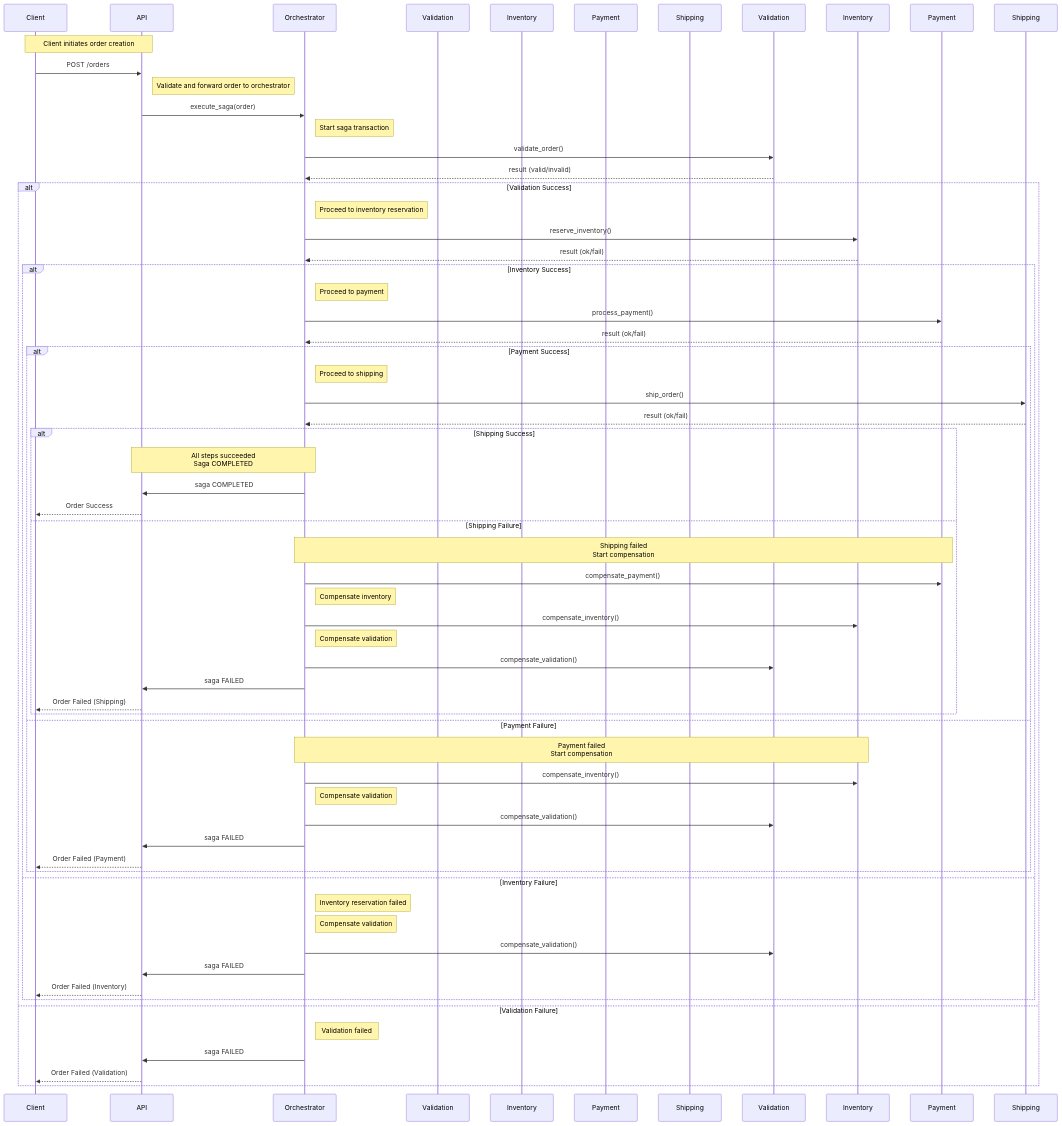
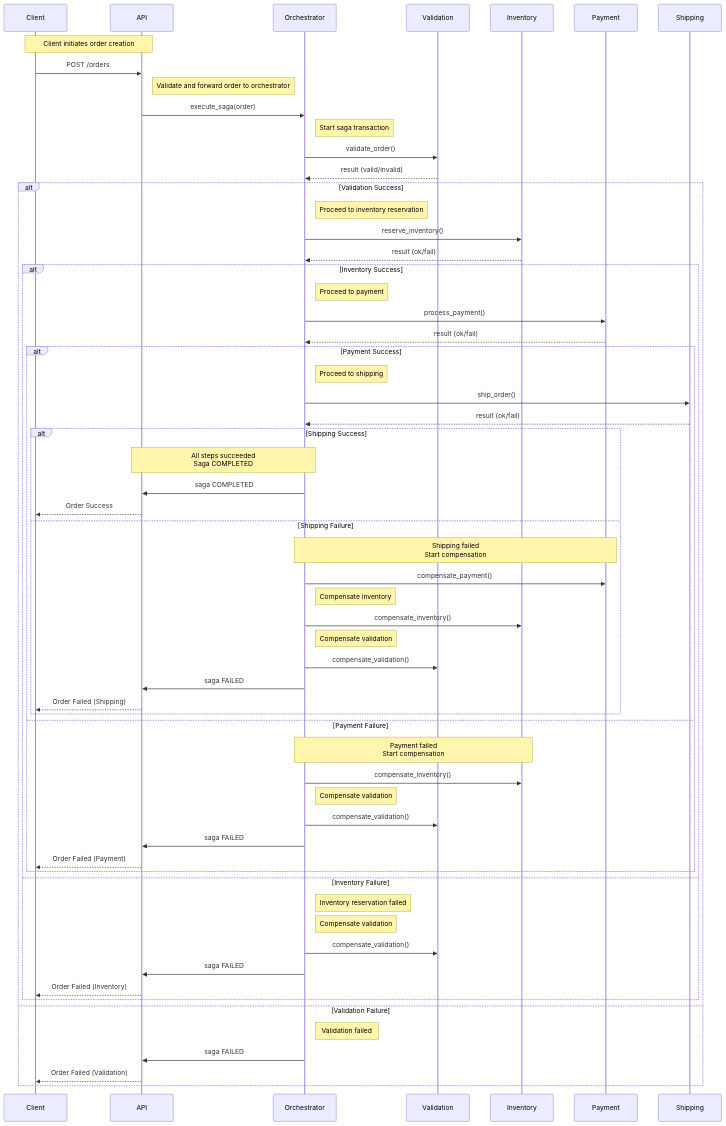
One commit to as10896/saga-demo changed the sixth of 6 diagrams in docs/workflow.md. Above: the diagram before and after it, drawn with Mermaid.

Commit message:
docs: fix the bugs of sequence diagram

````diff
--- a/docs/workflow.md
+++ b/docs/workflow.md
@@ -272,64 +272,64 @@
 ```mermaid
 sequenceDiagram
     participant Client
     participant API
     participant Orchestrator
-    participant ValidationService as Validation
-    participant InventoryService as Inventory
-    participant PaymentService as Payment
-    participant ShippingService as Shipping
+    participant Validation
+    participant Inventory
+    participant Payment
+    participant Shipping
 
     Note over Client,API: Client initiates order creation
     Client->>API: POST /orders
     Note right of API: Validate and forward order to orchestrator
     API->>Orchestrator: execute_saga(order)
     Note right of Orchestrator: Start saga transaction
     Orchestrator->>Validation: validate_order()
     Validation-->>Orchestrator: result (valid/invalid)
     alt Validation Success
         Note right of Orchestrator: Proceed to inventory reservation
         Orchestrator->>Inventory: reserve_inventory()
         Inventory-->>Orchestrator: result (ok/fail)
         alt Inventory Success
             Note right of Orchestrator: Proceed to payment
             Orchestrator->>Payment: process_payment()
             Payment-->>Orchestrator: result (ok/fail)
             alt Payment Success
                 Note right of Orchestrator: Proceed to shipping
                 Orchestrator->>Shipping: ship_order()
                 Shipping-->>Orchestrator: result (ok/fail)
                 alt Shipping Success
                     Note over Orchestrator,API: All steps succeeded <br> Saga COMPLETED
                     Orchestrator->>API: saga COMPLETED
                     API-->>Client: Order Success
                 else Shipping Failure
                     Note over Orchestrator,Payment: Shipping failed <br> Start compensation
                     Orchestrator->>Payment: compensate_payment()
                     Note right of Orchestrator: Compensate inventory
                     Orchestrator->>Inventory: compensate_inventory()
                     Note right of Orchestrator: Compensate validation
                     Orchestrator->>Validation: compensate_validation()
                     Orchestrator->>API: saga FAILED
                     API-->>Client: Order Failed (Shipping)
                 end
             else Payment Failure
                 Note over Orchestrator,Inventory: Payment failed <br> Start compensation
                 Orchestrator->>Inventory: compensate_inventory()
                 Note right of Orchestrator: Compensate validation
                 Orchestrator->>Validation: compensate_validation()
                 Orchestrator->>API: saga FAILED
                 API-->>Client: Order Failed (Payment)
             end
         else Inventory Failure
             Note right of Orchestrator: Inventory reservation failed
             Note right of Orchestrator: Compensate validation
             Orchestrator->>Validation: compensate_validation()
             Orchestrator->>API: saga FAILED
             API-->>Client: Order Failed (Inventory)
         end
     else Validation Failure
         Note right of Orchestrator: Validation failed
         Orchestrator->>API: saga FAILED
         API-->>Client: Order Failed (Validation)
     end
 ``` 
````
